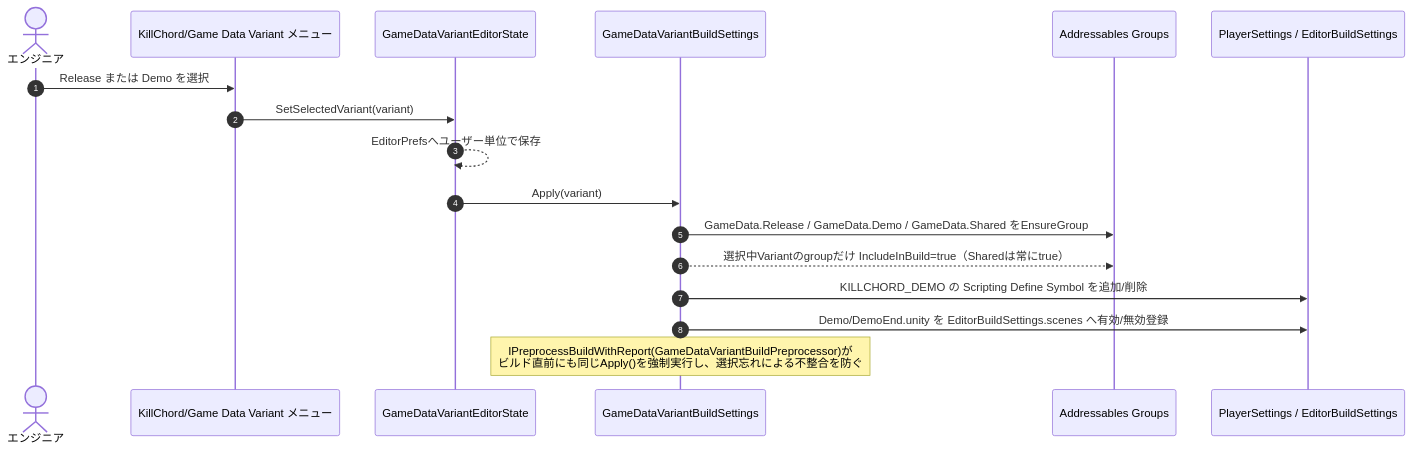
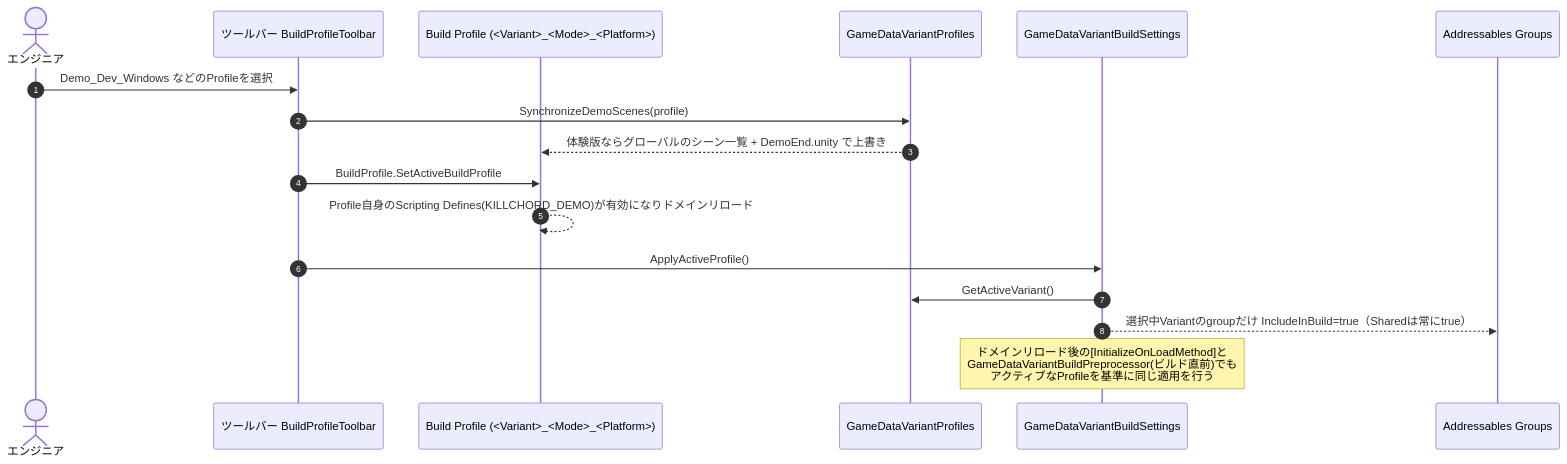
One commit to HIBIKI5201/SymphonyKillChord changed the fourth of 4 diagrams in Assets/Docs/ScriptsDocs/Modules/NotionModuleDocs/SourceDataProvider.md. Above: the diagram before and after it, drawn with Mermaid. The commit also changed other lines of this file and 49 other files, not shown here.

````diff
--- a/Assets/Docs/ScriptsDocs/Modules/NotionModuleDocs/SourceDataProvider.md
+++ b/Assets/Docs/ScriptsDocs/Modules/NotionModuleDocs/SourceDataProvider.md
@@ -180,20 +181,20 @@
 ```mermaid
 sequenceDiagram
     autonumber
     actor Engineer as エンジニア
-    participant Menu as KillChord/Game Data Variant メニュー
-    participant State as GameDataVariantEditorState
+    participant Toolbar as ツールバー BuildProfileToolbar
+    participant Profile as Build Profile (<Variant>_<Mode>_<Platform>)
+    participant Profiles as GameDataVariantProfiles
     participant BuildSettings as GameDataVariantBuildSettings
     participant Addr as Addressables Groups
-    participant Player as PlayerSettings / EditorBuildSettings
 
-    Engineer ->> Menu: Release または Demo を選択
-    Menu ->> State: SetSelectedVariant(variant)
-    State -->> State: EditorPrefsへユーザー単位で保存
-    State ->> BuildSettings: Apply(variant)
-    BuildSettings ->> Addr: GameData.Release / GameData.Demo / GameData.Shared をEnsureGroup
+    Engineer ->> Toolbar: Demo_Dev_Windows などのProfileを選択
+    Toolbar ->> Profiles: SynchronizeDemoScenes(profile)
+    Profiles -->> Profile: 体験版ならグローバルのシーン一覧 + DemoEnd.unity で上書き
+    Toolbar ->> Profile: BuildProfile.SetActiveBuildProfile
+    Profile -->> Profile: Profile自身のScripting Defines(KILLCHORD_DEMO)が有効になりドメインリロード
+    Toolbar ->> BuildSettings: ApplyActiveProfile()
+    BuildSettings ->> Profiles: GetActiveVariant()
     BuildSettings -->> Addr: 選択中Variantのgroupだけ IncludeInBuild=true（Sharedは常にtrue）
-    BuildSettings ->> Player: KILLCHORD_DEMO の Scripting Define Symbol を追加/削除
-    BuildSettings ->> Player: Demo/DemoEnd.unity を EditorBuildSettings.scenes へ有効/無効登録
-    Note over BuildSettings: IPreprocessBuildWithReport(GameDataVariantBuildPreprocessor)が<br/>ビルド直前にも同じApply()を強制実行し、選択忘れによる不整合を防ぐ
+    Note over BuildSettings: ドメインリロード後の[InitializeOnLoadMethod]と<br/>GameDataVariantBuildPreprocessor(ビルド直前)でも<br/>アクティブなProfileを基準に同じ適用を行う
 ```
````
